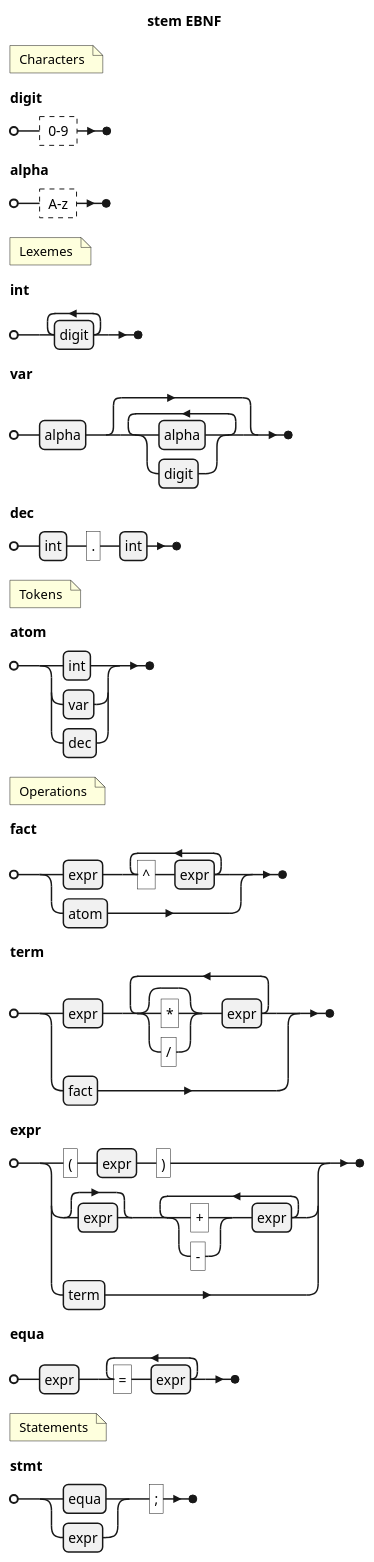
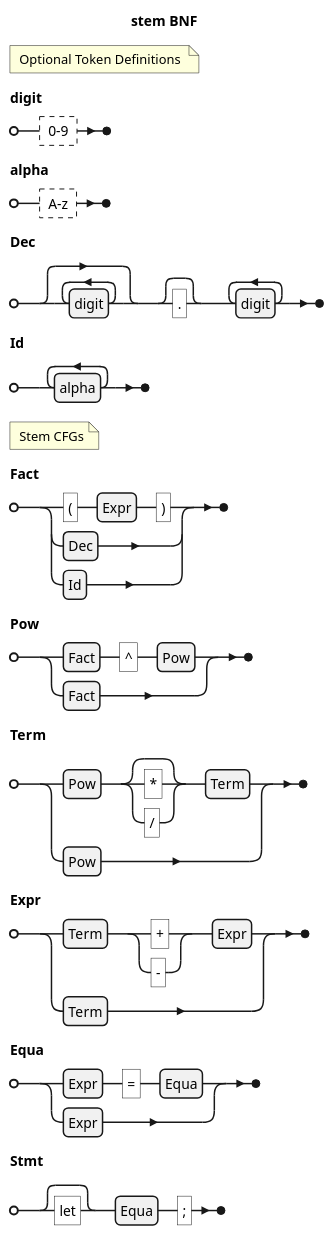
Before and after one commit to CSaintos/Mua: the first of 5 diagrams in .devcontainer/grammar.md, drawn with PlantUML. The commit also changed other lines of this file, not shown here.

````diff
--- a/.devcontainer/grammar.md
+++ b/.devcontainer/grammar.md
@@ -3,36 +3,21 @@
 ```plantuml
 @startebnf stem EBNF
 'https://plantuml.com/ebnf
-title stem EBNF
+title stem BNF
 
-(* Characters *)
+(* Optional Token Definitions *)
 digit = ? 0-9 ?;
 alpha = ? A-z ?;
+Dec = {digit}, ["."], {digit}-;
+Id = {alpha}-;
 
-(* Lexemes *)
-int = {digit}-;
-var = alpha, {alpha | digit};
-dec = int, ".", int;
-' s_int = ["+" | "-"], int;
-' s_var = ["+" | "-"], var;
-' s_dec = ["+" | "-"], dec;
-
-(* Tokens *)
-' atom = s_int | s_var | s_dec;
-atom = int | var | dec;
-
-(* Operations *)
-fact = expr, {"^", expr}-
-  | atom;
-term = expr, {["*" | "/"], expr}-
-  | fact;
-expr = "(", expr, ")"
-  | [expr], {("+" | "-"), expr}-
-  | term;
-equa = expr, {"=", expr}-;
-
-(* Statements *)
-stmt = (equa | expr), ";";
+(* Stem CFGs*)
+Fact = ("(", Expr, ")") | Dec | Id;
+Pow = Fact, "^", Pow | Fact;
+Term = Pow, ["*" | "/"], Term | Pow;
+Expr = Term, ("+" | "-"), Expr | Term;
+Equa = Expr, "=", Equa | Expr;
+Stmt = ["let"], Equa, ";";
 
 @endebnf
 ```
````
